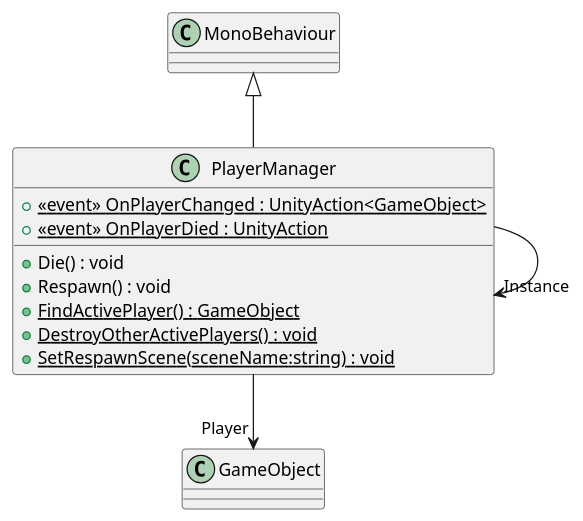
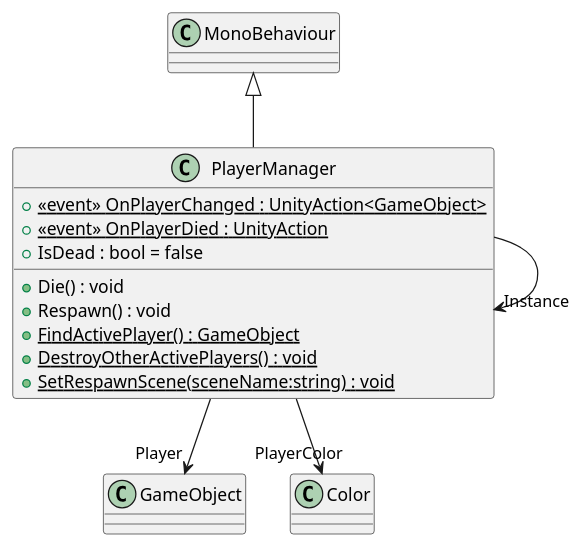
One commit to KawinM23/TakeControl changed the diagram in UML/Manager/PlayerManager.puml. Above: the diagram before and after it, drawn with PlantUML. The commit also changed 5 other files, not shown here.

Commit message:
ci: generate uml (Generate UML)

```diff
--- a/UML/Manager/PlayerManager.puml
+++ b/UML/Manager/PlayerManager.puml
@@ -1,14 +1,16 @@
 @startuml
 class PlayerManager {
     + {static}  <<event>> OnPlayerChanged : UnityAction<GameObject> 
     + {static}  <<event>> OnPlayerDied : UnityAction 
+    + IsDead : bool = false
     + Die() : void
     + Respawn() : void
     + {static} FindActivePlayer() : GameObject
     + {static} DestroyOtherActivePlayers() : void
     + {static} SetRespawnScene(sceneName:string) : void
 }
 MonoBehaviour <|-- PlayerManager
 PlayerManager --> "Instance" PlayerManager
 PlayerManager --> "Player" GameObject
+PlayerManager --> "PlayerColor" Color
 @enduml
```
